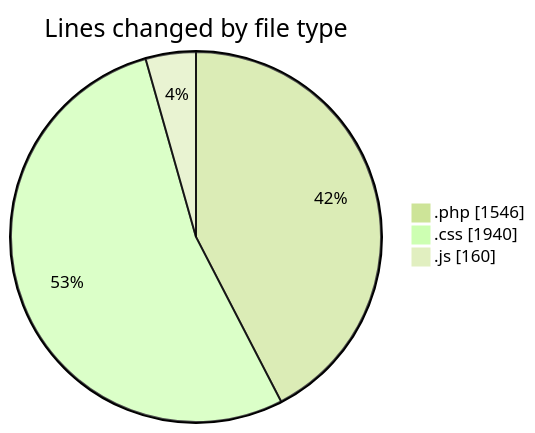
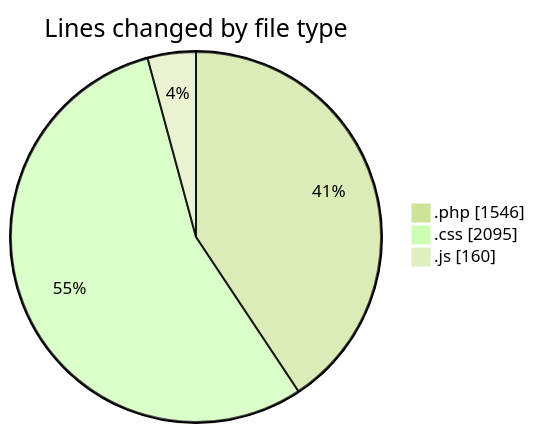
One commit to debugP/code-tracking changed the first of 2 diagrams in 2025-10-23/untitled__workspace_/README.md. Above: the diagram before and after it, drawn with Mermaid (forest theme). The commit also changed other lines of this file and 1 other file, not shown here.

````diff
--- a/2025-10-23/untitled__workspace_/README.md
+++ b/2025-10-23/untitled__workspace_/README.md
@@ -23,7 +24,7 @@
 ```mermaid
 pie showData
 title Lines changed by file type
 ".php" : 1546
-".css" : 1940
+".css" : 2095
 ".js" : 160
 ```
````
